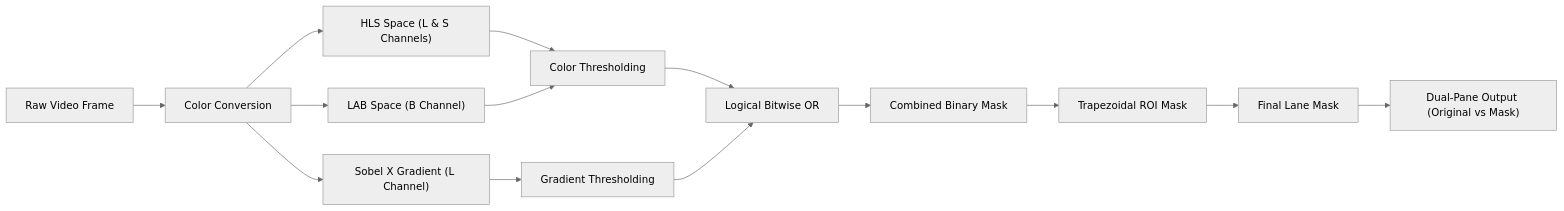
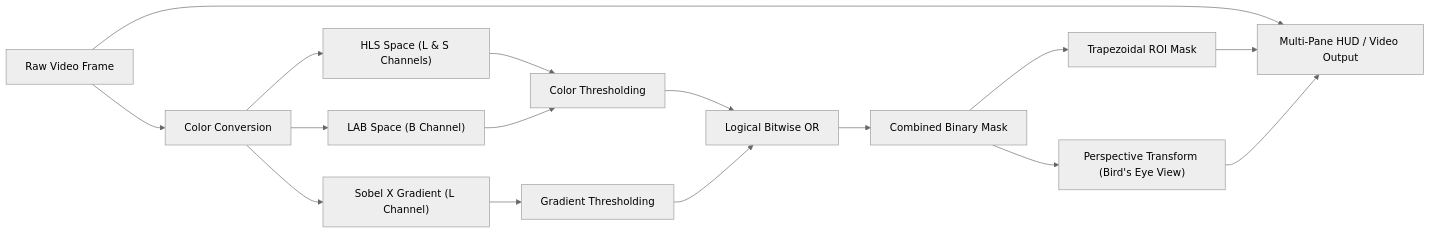
Before and after one commit to Akai165/lane-detector: the diagram in README.md, drawn with Mermaid (neutral theme). The commit also changed other lines of this file and 1 other file, not shown here.

Commit message:
Aggiunta Bird Eye View

````diff
--- a/README.md
+++ b/README.md
@@ -36,19 +38,22 @@
 ```mermaid
 flowchart LR
     A["Raw Video Frame"] --> B["Color Conversion"]
     B --> C["HLS Space (L & S Channels)"]
     B --> D["LAB Space (B Channel)"]
     B --> E["Sobel X Gradient (L Channel)"]
     
     C --> F["Color Thresholding"]
     D --> F
     E --> G["Gradient Thresholding"]
     
     F --> H["Logical Bitwise OR"]
     G --> H
     
     H --> I["Combined Binary Mask"]
     I --> J["Trapezoidal ROI Mask"]
-    J --> K["Final Lane Mask"]
-    K --> L["Dual-Pane Output (Original vs Mask)"]
+    I --> K["Perspective Transform (Bird's Eye View)"]
+    
+    A --> L["Multi-Pane HUD / Video Output"]
+    J --> L
+    K --> L
 ```
````
